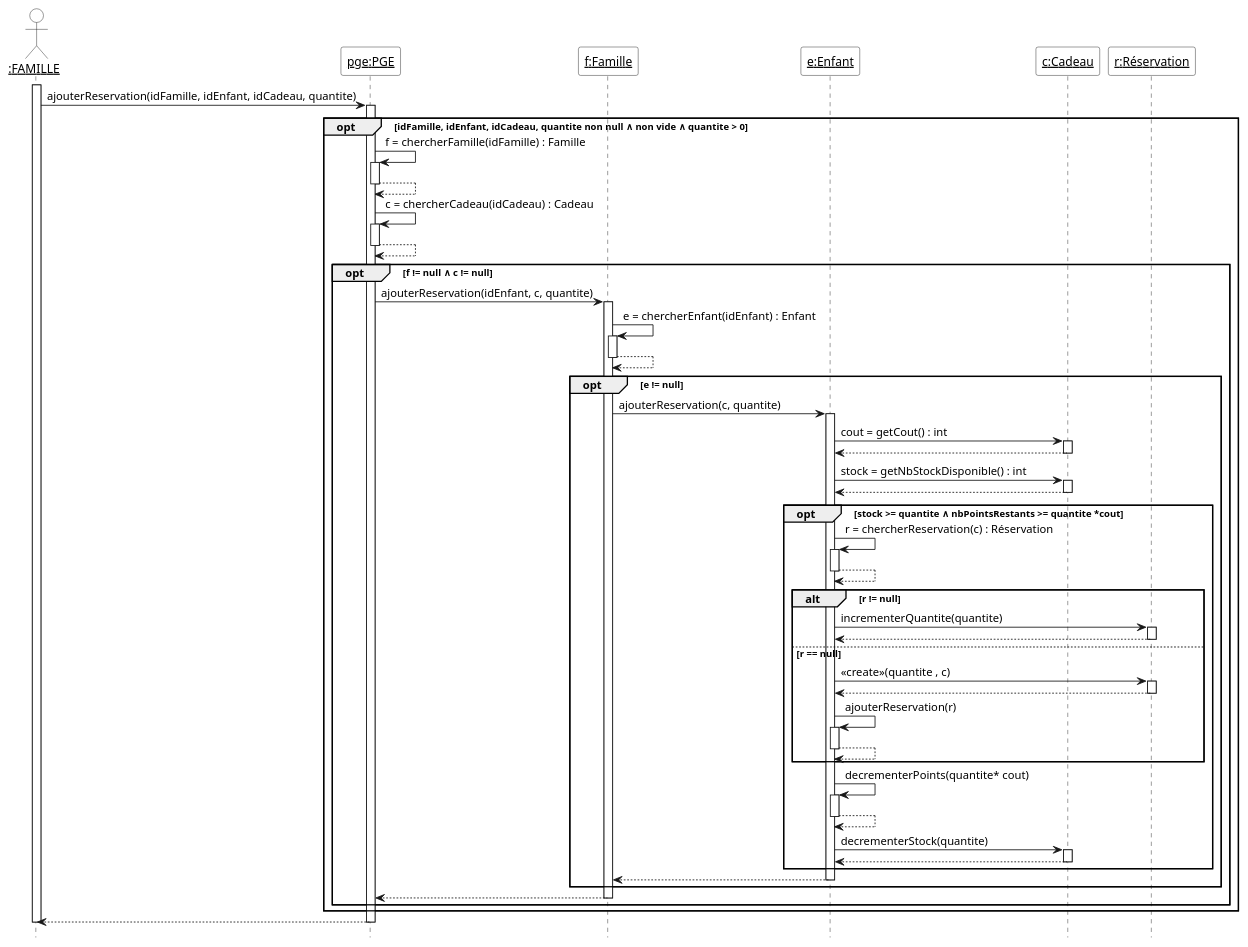
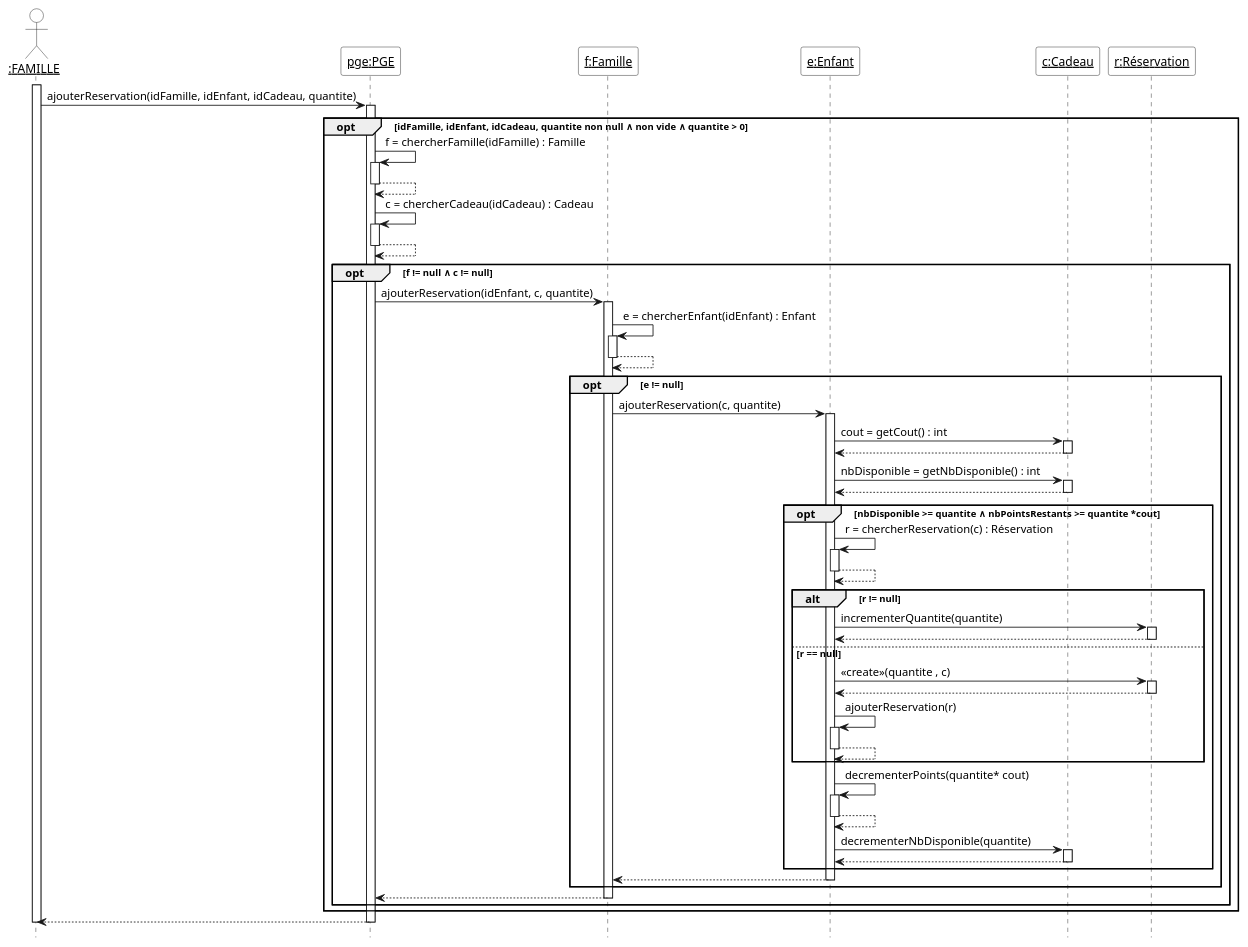
The diagram in Diagrammes/pge_uml_diag_seq_ajouter_reservation.pu (yasminebelmaaziz/dev_logiciel), drawn with PlantUML before and after one commit. The commit also changed 16 other files, not shown here.

```diff
--- a/Diagrammes/pge_uml_diag_seq_ajouter_reservation.pu
+++ b/Diagrammes/pge_uml_diag_seq_ajouter_reservation.pu
@@ -1,76 +1,76 @@
 @startuml
 hide footbox
 skinparam sequenceParticipantBackgroundColor White
 skinparam sequenceActorBackgroundColor White
 
 actor "__:FAMILLE__" as famille
 participant "__pge:PGE__" as pge
 participant "__f:Famille__" as f
 participant "__e:Enfant__" as e
 participant "__c:Cadeau__" as c
 participant "__r:Réservation__" as r
 
 activate famille
 famille -> pge ++ : ajouterReservation(idFamille, idEnfant, idCadeau, quantite)
 
 opt idFamille, idEnfant, idCadeau, quantite non null ∧ non vide ∧ quantite > 0
 
   pge -> pge ++ : f = chercherFamille(idFamille) : Famille
   return
 
   pge -> pge ++ : c = chercherCadeau(idCadeau) : Cadeau
   return
 
   opt f != null ∧ c != null
 
     pge -> f ++ : ajouterReservation(idEnfant, c, quantite)
     
     f -> f ++ : e = chercherEnfant(idEnfant) : Enfant
     return
     
     opt e != null
 
       f -> e ++ : ajouterReservation(c, quantite)
 
       e -> c ++ : cout = getCout() : int
       return
       
-      e -> c ++ : stock = getNbStockDisponible() : int
+      e -> c ++ : nbDisponible = getNbDisponible() : int
       return
 
-      opt stock >= quantite ∧ nbPointsRestants >= quantite *cout
+      opt nbDisponible >= quantite ∧ nbPointsRestants >= quantite *cout
         
         e -> e ++ : r = chercherReservation(c) : Réservation
         return
         
         alt r != null
           
           e -> r ++ : incrementerQuantite(quantite)
           return
         else r == null
           
           create "__r:Réservation__" as r
           e -> r ++ : <<create>>(quantite , c)
           return
           
           e -> e ++ : ajouterReservation(r)
           return
         end
         
         
         e -> e ++ : decrementerPoints(quantite* cout)
         return
         
-        e -> c ++ : decrementerStock(quantite)
+        e -> c ++ : decrementerNbDisponible(quantite)
         return
         
       end
       return
     end
     return
   end
 end
 
 return
 deactivate famille
 @enduml
```
